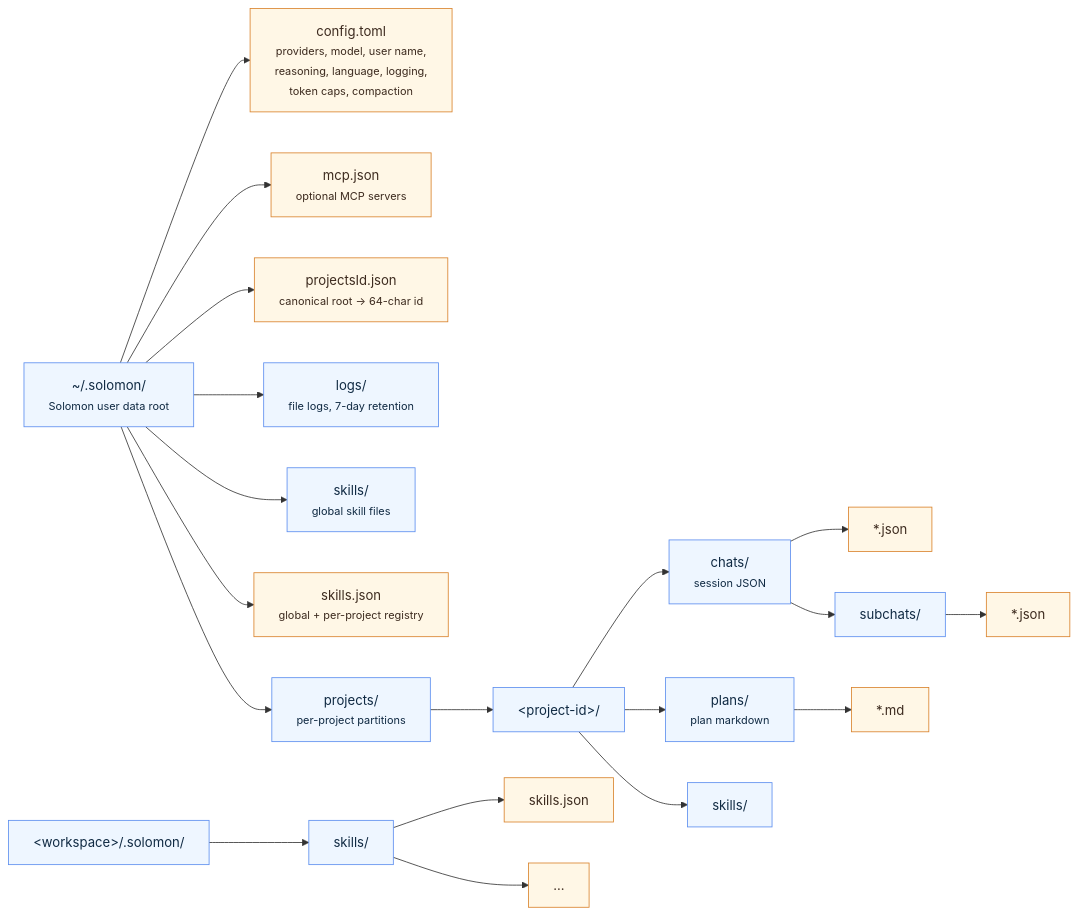
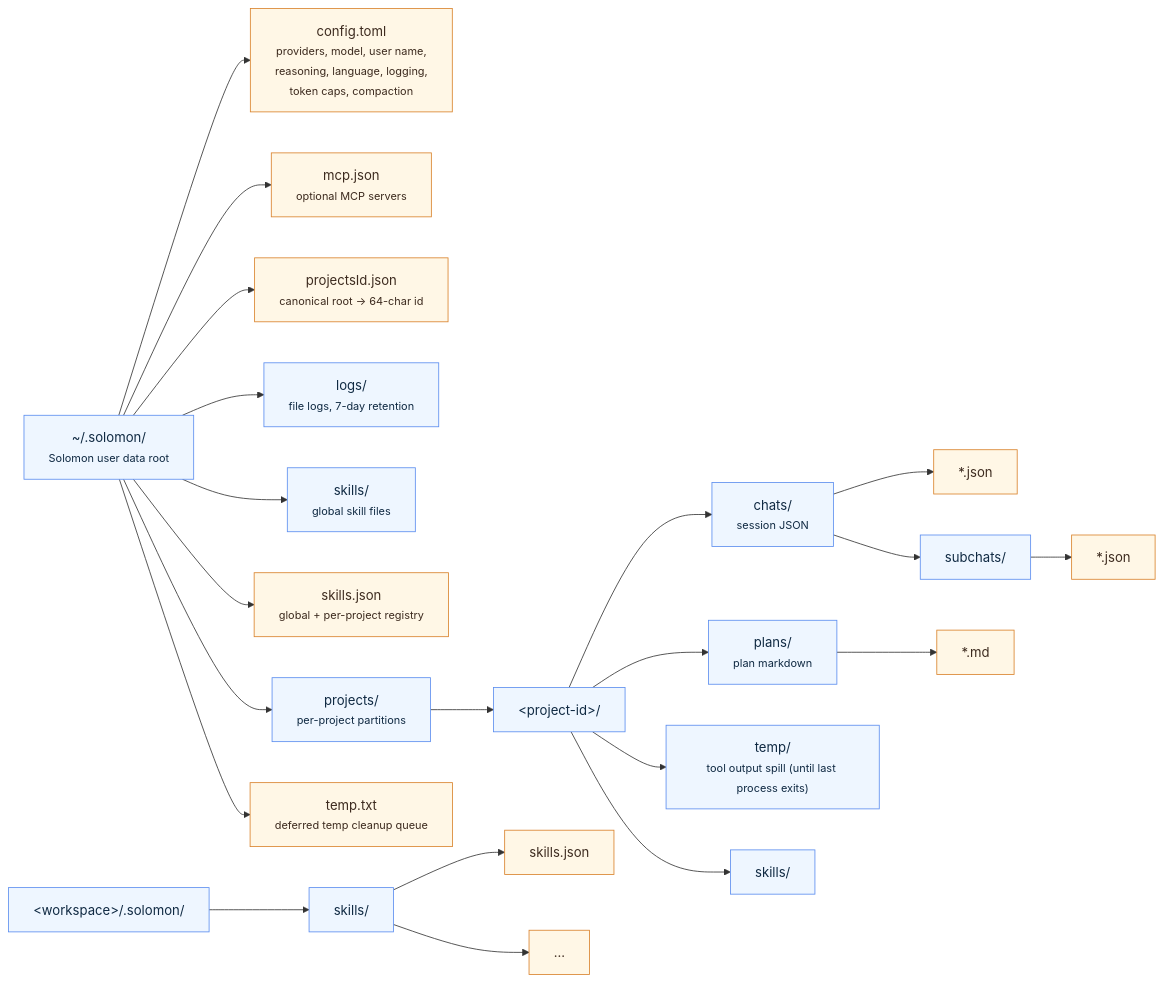
Before and after one commit to SAPPHIR3-ROS3/Solomon: the diagram in docs/user-guide/data-layout.md, drawn with Mermaid. The commit also changed other lines of this file and 24 other files, not shown here.

First line of the commit message:
Add centralized tool output truncation with spill files and multi-instance cleanup.

````diff
--- a/docs/user-guide/data-layout.md
+++ b/docs/user-guide/data-layout.md
@@ -5,51 +5,55 @@
 ```mermaid
 flowchart LR
   home["~/.solomon/<br/><small>Solomon user data root</small>"]
 
   config["config.toml<br/><small>providers, model, user name,<br/>reasoning, language, logging,<br/>token caps, compaction</small>"]
   mcpConfig["mcp.json<br/><small>optional MCP servers</small>"]
   projectMap["projectsId.json<br/><small>canonical root -> 64-char id</small>"]
   logs["logs/<br/><small>file logs, 7-day retention</small>"]
   globalSkillsDir["skills/<br/><small>global skill files</small>"]
   skillsRegistry["skills.json<br/><small>global + per-project registry</small>"]
 
   projects["projects/<br/><small>per-project partitions</small>"]
   projectNode["&lt;project-id&gt;/"]
   chats["chats/<br/><small>session JSON</small>"]
   chatFile["*.json"]
   subchats["subchats/"]
   subchatFile["*.json"]
   plans["plans/<br/><small>plan markdown</small>"]
   planFile["*.md"]
+  temp["temp/<br/><small>tool output spill (until last process exits)</small>"]
+  tempQueue["temp.txt<br/><small>deferred temp cleanup queue</small>"]
   projectSkills["skills/"]
 
   workspaceRoot["&lt;workspace&gt;/.solomon/"]
   workspaceSkills["skills/"]
   localMirror["skills.json"]
   localFiles["..."]
 
   home --> config
   home --> mcpConfig
   home --> projectMap
   home --> logs
+  home --> tempQueue
   home --> globalSkillsDir
   home --> skillsRegistry
   home --> projects
   projects --> projectNode
   projectNode --> chats
   chats --> chatFile
   chats --> subchats
   subchats --> subchatFile
   projectNode --> plans
   plans --> planFile
+  projectNode --> temp
   projectNode --> projectSkills
 
   workspaceRoot --> workspaceSkills
   workspaceSkills --> localMirror
   workspaceSkills --> localFiles
 
   classDef folder fill:#eef6ff,stroke:#5b8def,color:#102a43
   classDef file fill:#fff7e6,stroke:#d9822b,color:#3d2b1f
-  class home,logs,globalSkillsDir,projects,projectNode,chats,subchats,plans,projectSkills,workspaceRoot,workspaceSkills folder
-  class config,mcpConfig,projectMap,skillsRegistry,chatFile,subchatFile,planFile,localMirror,localFiles file
+  class home,logs,globalSkillsDir,projects,projectNode,chats,subchats,plans,temp,projectSkills,workspaceRoot,workspaceSkills folder
+  class config,mcpConfig,projectMap,skillsRegistry,tempQueue,chatFile,subchatFile,planFile,localMirror,localFiles file
 ```
````
